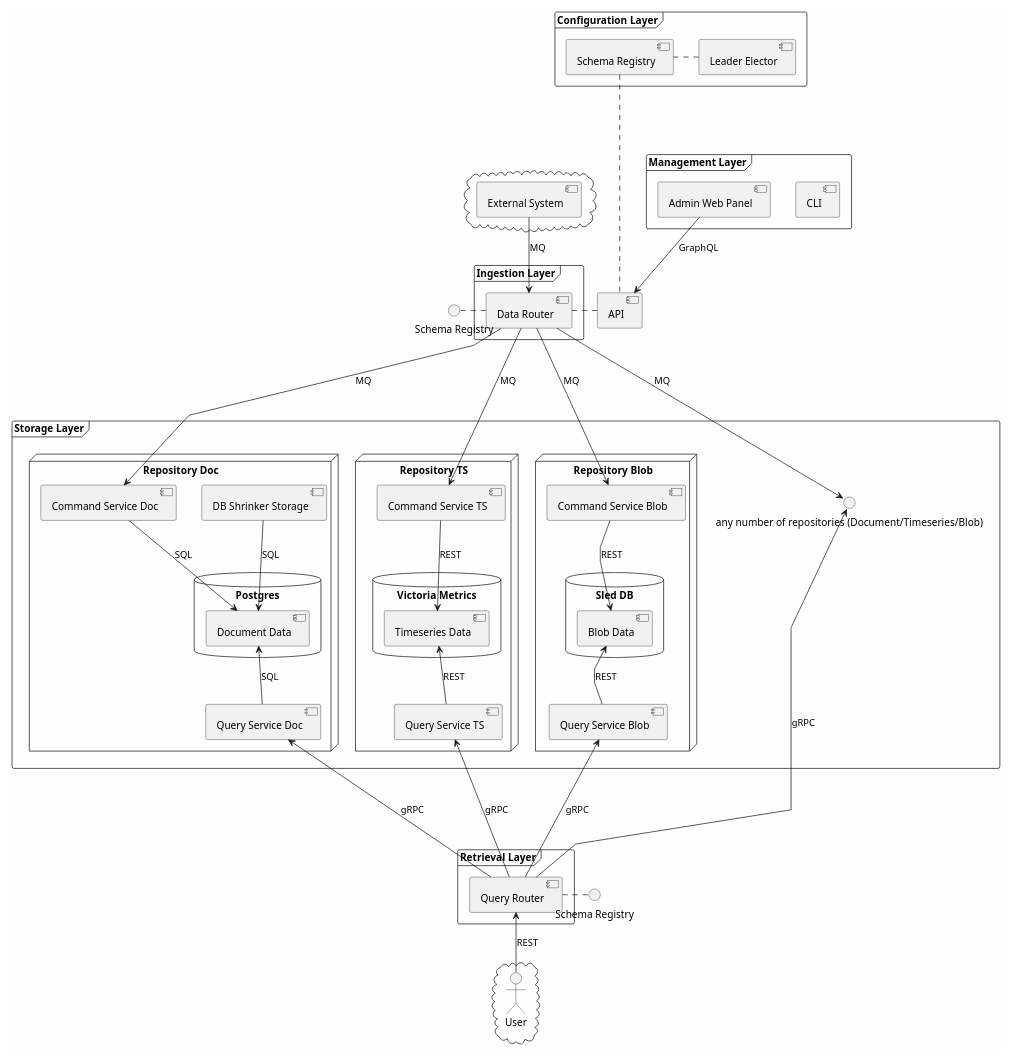
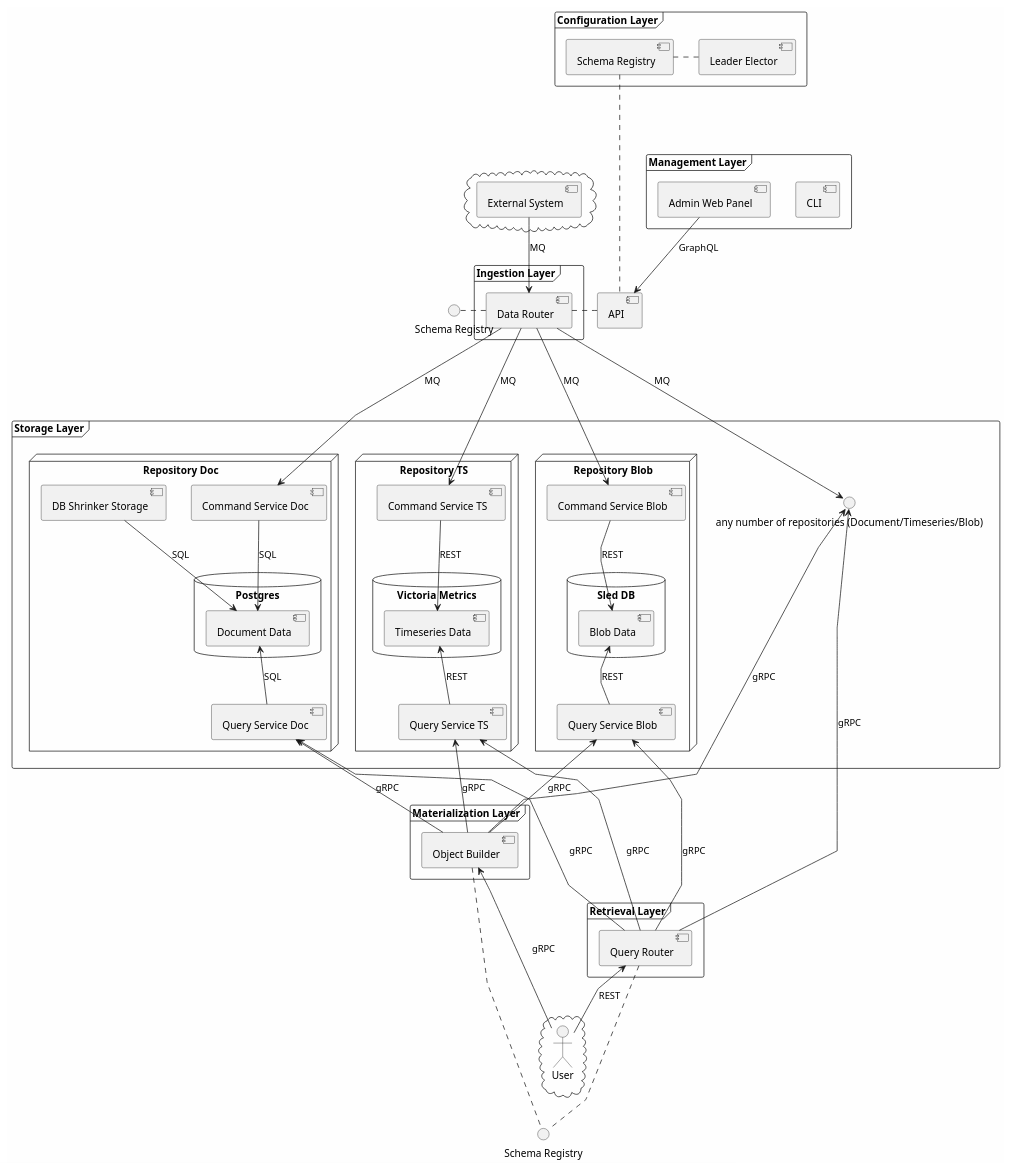
The diagram in docs/architecture/graphs/cdl.puml (epiphany-platform/CommonDataLayer), drawn with PlantUML before and after one commit. The commit also changed 3 other files, not shown here.

```diff
--- a/docs/architecture/graphs/cdl.puml
+++ b/docs/architecture/graphs/cdl.puml
@@ -1,93 +1,102 @@
 @startuml
 skinparam linetype polyline
 skinparam backgroundColor #FEFEFE
 skinparam transparent false
 
 interface "Schema Registry" as SRDoc
 interface "Schema Registry" as SRTS
 
 cloud {
   [External System]
 }
 
 frame "Management Layer" {
     [CLI]
     [Admin Web Panel]
 }
 
 [API]
 
 frame "Ingestion Layer" {
   API -left--. [Data Router]
   [Data Router] -left--. SRDoc
 }
 
 frame "Configuration Layer" {
   [Schema Registry] -down--. API
   [Leader Elector] -left--. [Schema Registry]
 }
 
 frame "Storage Layer" {
     node "Repository Doc" {
       [Command Service Doc]
 
       database "Postgres" {
         [Document Data]
       }
 
       [DB Shrinker Storage]
 
       [Query Service Doc]
     }
 
     node "Repository TS" {
       [Command Service TS]
 
       database "Victoria Metrics" {
         [Timeseries Data]
       }
 
       [Query Service TS]
     }
 
     node "Repository Blob" {
       [Command Service Blob]
 
       database "Sled DB" {
         [Blob Data]
       }
 
       [Query Service Blob]
     }
 
 
     () "any number of repositories (Document/Timeseries/Blob)" as ANY
 }
 
+frame "Materialization Layer" {
+    [Object Builder] -down--. SRTS
+}
+
 frame "Retrieval Layer" {
   [Query Router] -right-. SRTS
 }
 
 cloud {
   actor User
 }
 
 [Admin Web Panel] -down-> [API] : GraphQL
 [External System] -down-> [Data Router] : MQ
 [Data Router] -down--> [Command Service Doc] : MQ
 [Data Router] -down-> [Command Service TS] : MQ
 [Data Router] -down--> [Command Service Blob] : MQ
 [Data Router] -down-> ANY : MQ
 [Command Service Doc] -down-> [Document Data] : SQL
 [Command Service TS] -down-> [Timeseries Data] : REST
 [Command Service Blob] -down-> [Blob Data] : REST
 [DB Shrinker Storage] -down-> [Document Data] : SQL
 [Query Service Doc] -up-> [Document Data] : SQL
 [Query Service TS] -up-> [Timeseries Data] : REST
 [Query Service Blob] -up-> [Blob Data] : REST
 [Query Router] -up--> [Query Service Doc] : gRPC
 [Query Router] -up-> [Query Service TS] : gRPC
 [Query Router] -up--> [Query Service Blob] : gRPC
 [Query Router] -up-> ANY : gRPC
+[Object Builder] -up-> [Query Service Doc]: gRPC
+[Object Builder] -up-> [Query Service TS]: gRPC
+[Object Builder] -up-> [Query Service Blob]: gRPC
+[Object Builder] -up-> ANY : gRPC
 User -up-> [Query Router] : REST
+User -up-> [Object Builder]: gRPC
 @enduml
```
